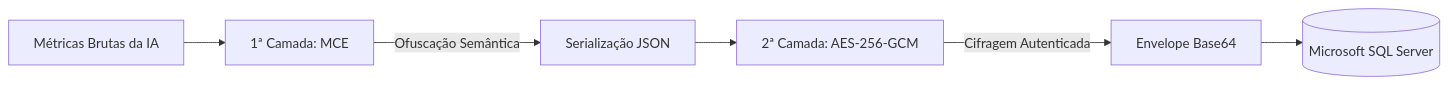
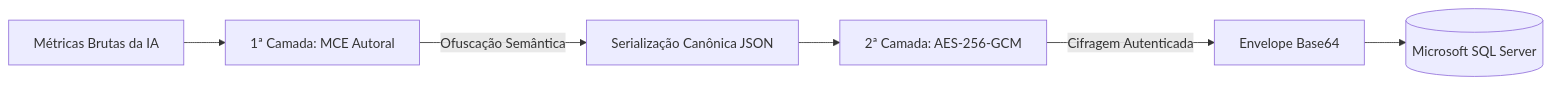
One commit to cezarbtw/CriptoEmotionLens changed the second of 2 diagrams in README.md. Above: the diagram before and after it, drawn with Mermaid. The commit also changed other lines of this file and 5 other files, not shown here.

````diff
--- a/README.md
+++ b/README.md
@@ -70,8 +122,8 @@
 ```mermaid
 flowchart LR
-    A[Métricas Brutas da IA] --> B[1ª Camada: MCE]
-    B -->|Ofuscação Semântica| C[Serialização JSON]
+    A[Métricas Brutas da IA] --> B[1ª Camada: MCE Autoral]
+    B -->|Ofuscação Semântica| C[Serialização Canônica JSON]
     C --> D[2ª Camada: AES-256-GCM]
     D -->|Cifragem Autenticada| E[Envelope Base64]
     E --> F[(Microsoft SQL Server)]
 ```
````
